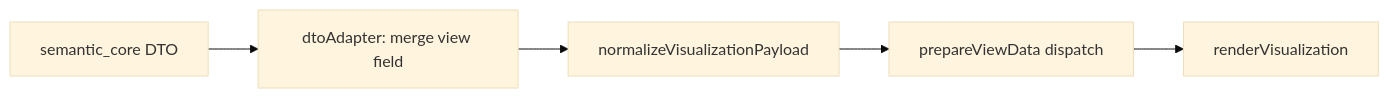
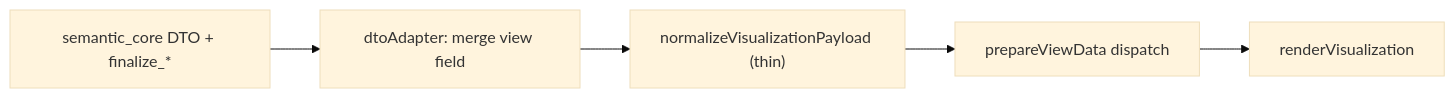
One commit to elan8/spec42 changed the diagram in docs/architecture/PREPARE-PIPELINE-OVERLAP.md. Above: the diagram before and after it, drawn with Mermaid (base theme). The commit also changed other lines of this file and 21 other files, not shown here.

First line of the commit message:
Enhance visualization payload shaping and introduce IBD build scoping

````diff
--- a/docs/architecture/PREPARE-PIPELINE-OVERLAP.md
+++ b/docs/architecture/PREPARE-PIPELINE-OVERLAP.md
@@ -7,7 +7,7 @@
 ```mermaid
 flowchart LR
-    Rust["semantic_core DTO"] --> DA["dtoAdapter: merge view field"]
-    DA --> PV["normalizeVisualizationPayload"]
+    Rust["semantic_core DTO + finalize_*"] --> DA["dtoAdapter: merge view field"]
+    DA --> PV["normalizeVisualizationPayload (thin)"]
     PV --> Prep["prepareViewData dispatch"]
     Prep --> Render["renderVisualization"]
 ```
````
